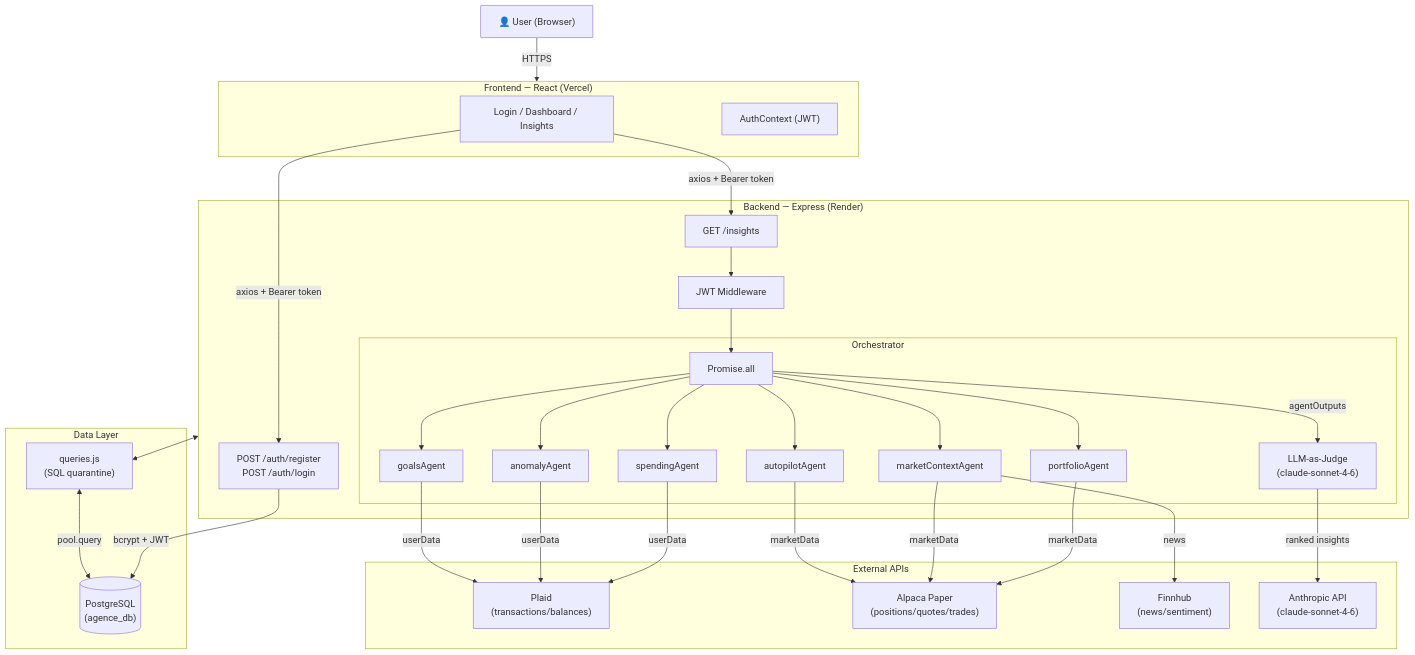
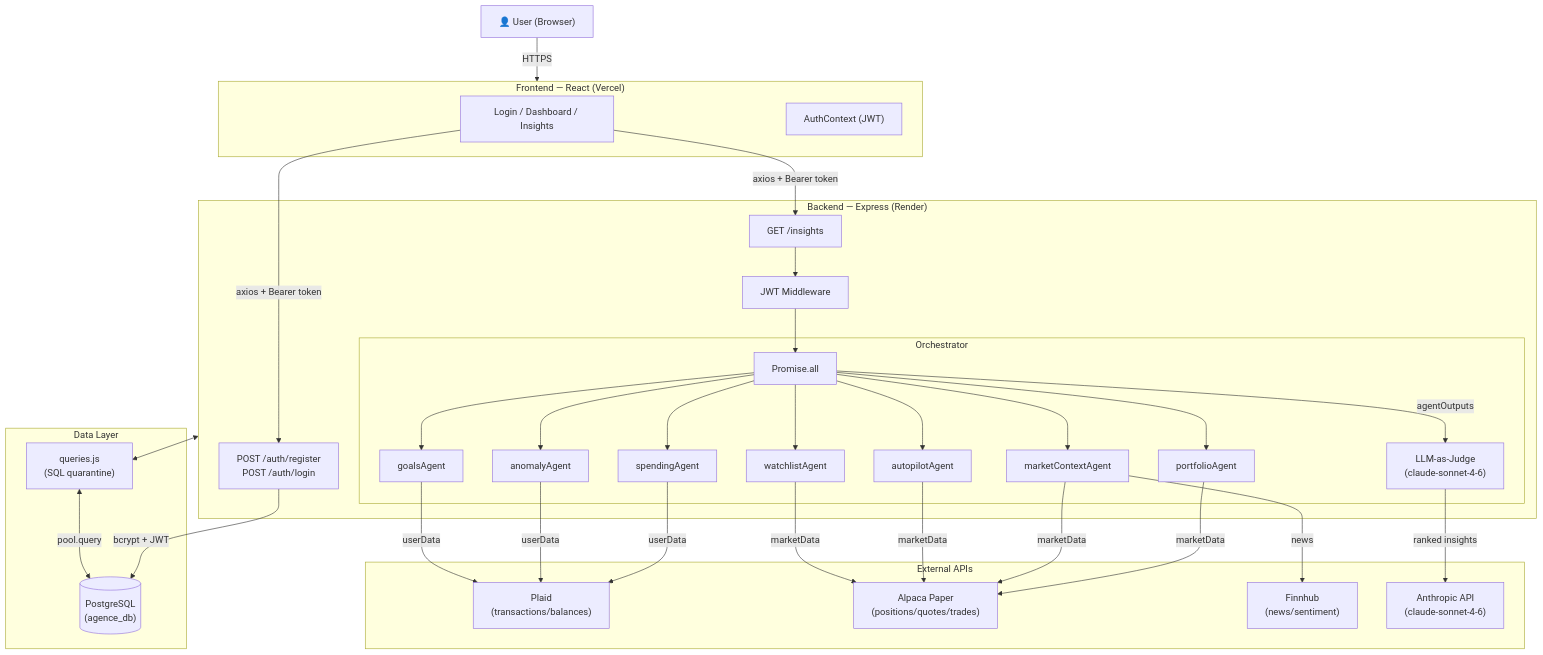
Before and after one commit to dkalo8/cs7180_project3_agence: the diagram in README.md, drawn with Mermaid. The commit also changed other lines of this file and 2 other files, not shown here.

````diff
--- a/README.md
+++ b/README.md
@@ -75,52 +75,53 @@
 ```mermaid
 flowchart TD
     User["👤 User (Browser)"]
 
     subgraph Frontend["Frontend — React (Vercel)"]
         UI["Login / Dashboard / Insights"]
         AC["AuthContext (JWT)"]
     end
 
     subgraph Backend["Backend — Express (Render)"]
         Auth["POST /auth/register\nPOST /auth/login"]
         Insights["GET /insights"]
         JWT["JWT Middleware"]
 
         subgraph Orchestrator["Orchestrator"]
             PA["Promise.all"]
             SA["spendingAgent"]
             AN["anomalyAgent"]
             GA["goalsAgent"]
             PF["portfolioAgent"]
             MC["marketContextAgent"]
             AP["autopilotAgent"]
+            WA["watchlistAgent"]
             JU["LLM-as-Judge\n(claude-sonnet-4-6)"]
         end
     end
 
     subgraph DataLayer["Data Layer"]
         PG[("PostgreSQL\n(agence_db)")]
         QS["queries.js\n(SQL quarantine)"]
     end
 
     subgraph ExternalAPIs["External APIs"]
         Plaid["Plaid\n(transactions/balances)"]
         Alpaca["Alpaca Paper\n(positions/quotes/trades)"]
         Finnhub["Finnhub\n(news/sentiment)"]
         Claude["Anthropic API\n(claude-sonnet-4-6)"]
     end
 
     User -->|HTTPS| Frontend
     UI -->|axios + Bearer token| Auth
     UI -->|axios + Bearer token| Insights
     Auth -->|bcrypt + JWT| PG
     Insights --> JWT --> PA
-    PA --> SA & AN & GA & PF & MC & AP
+    PA --> SA & AN & GA & PF & MC & AP & WA
     SA & AN & GA -->|userData| Plaid
-    PF & MC & AP -->|marketData| Alpaca
+    PF & MC & AP & WA -->|marketData| Alpaca
     MC -->|news| Finnhub
     PA -->|agentOutputs| JU
     JU -->|ranked insights| Claude
     QS <-->|pool.query| PG
     Backend <--> QS
 ```
````
